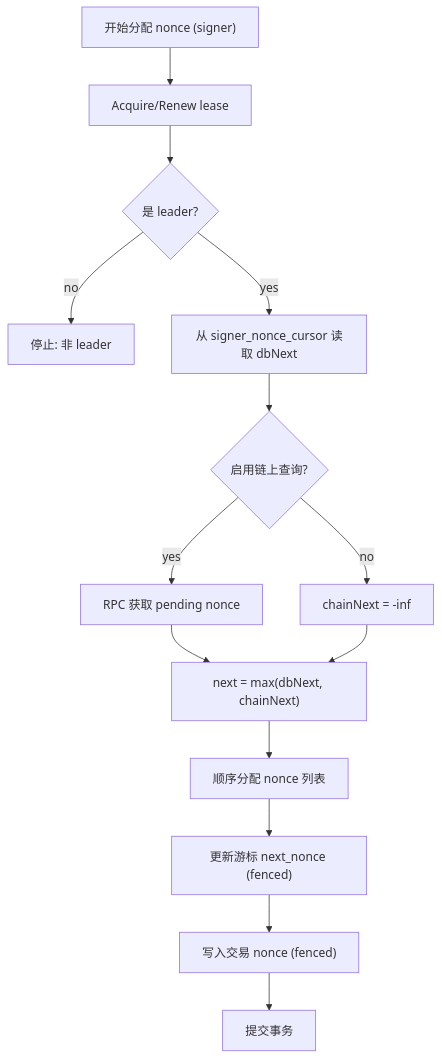
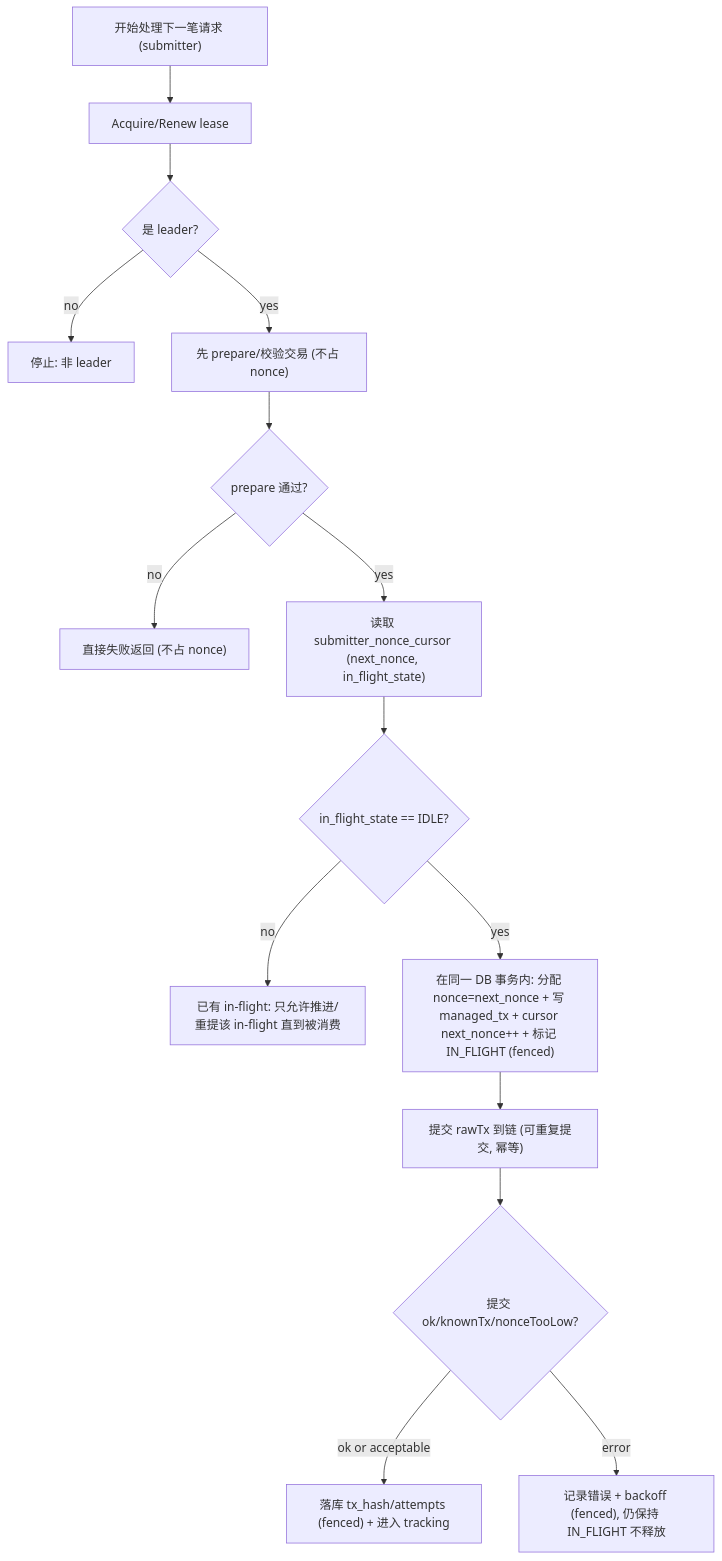
Before and after one commit to cedardinh/nonce-upgraded: the sixth of 10 diagrams in 详细设计2.md, drawn with Mermaid. The commit also changed other lines of this file and 3 other files, not shown here.

````diff
--- a/详细设计2.md
+++ b/详细设计2.md
@@ -317,16 +413,17 @@
 ```mermaid
 flowchart TD
-  A["开始分配 nonce (signer)"] --> B["Acquire/Renew lease"]
+  A["开始处理下一笔请求 (submitter)"] --> B["Acquire/Renew lease"]
   B --> C{"是 leader?"}
   C -->|no| X["停止: 非 leader"]
-  C -->|yes| D["从 signer_nonce_cursor 读取 dbNext"]
-  D --> E{"启用链上查询?"}
-  E -->|yes| F["RPC 获取 pending nonce"]
-  E -->|no| G["chainNext = -inf"]
-  F --> H["next = max(dbNext, chainNext)"]
-  G --> H
-  H --> I["顺序分配 nonce 列表"]
-  I --> J["更新游标 next_nonce (fenced)"]
-  J --> K["写入交易 nonce (fenced)"]
-  K --> L["提交事务"]
+  C -->|yes| P["先 prepare/校验交易 (不占 nonce)"]
+  P --> Q{"prepare 通过?"}
+  Q -->|no| R["直接失败返回 (不占 nonce)"]
+  Q -->|yes| D["读取 submitter_nonce_cursor (next_nonce, in_flight_state)"]
+  D --> S{"in_flight_state == IDLE?"}
+  S -->|no| T["已有 in-flight: 只允许推进/重提该 in-flight 直到被消费"]
+  S -->|yes| E["在同一 DB 事务内: 分配 nonce=next_nonce + 写 managed_tx + cursor next_nonce++ + 标记 IN_FLIGHT (fenced)"]
+  E --> F["提交 rawTx 到链 (可重复提交, 幂等)"]
+  F --> G{"提交 ok/knownTx/nonceTooLow?"}
+  G -->|ok or acceptable| H["落库 tx_hash/attempts (fenced) + 进入 tracking"]
+  G -->|error| I["记录错误 + backoff (fenced), 仍保持 IN_FLIGHT 不释放"]
 ```
````
